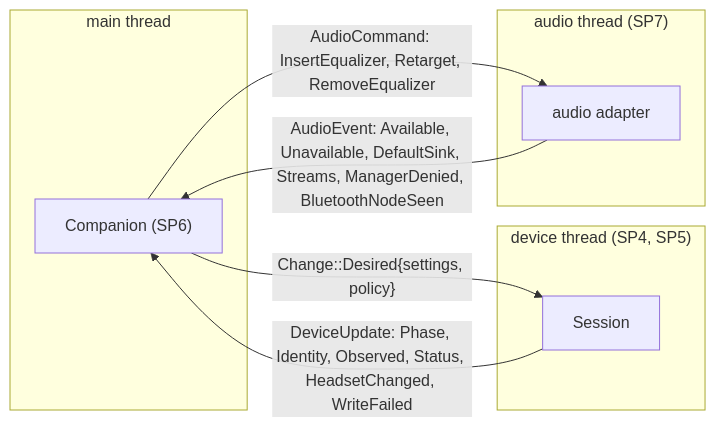
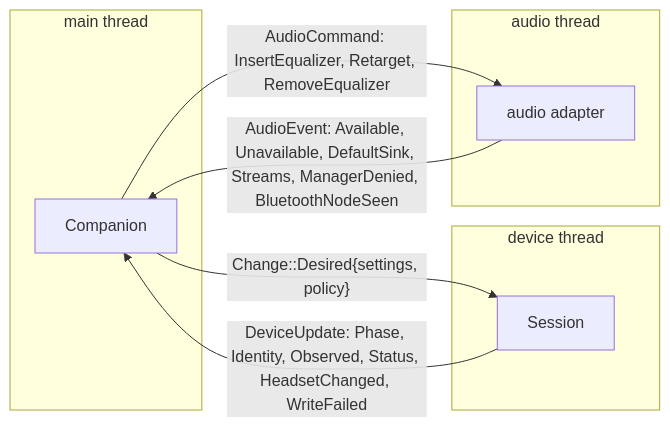
One commit to marcelogm/arctis-companion changed the fourth of 4 diagrams in docs/architecture/protocol.md. Above: the diagram before and after it, drawn with Mermaid. The commit also changed other lines of this file and 48 other files, not shown here.

````diff
--- a/docs/architecture/protocol.md
+++ b/docs/architecture/protocol.md
@@ -101,16 +101,16 @@
 ```mermaid
 flowchart LR
     subgraph main["main thread"]
-        C["Companion (SP6)"]
+        C["Companion"]
     end
-    subgraph dev["device thread (SP4, SP5)"]
+    subgraph dev["device thread"]
         S["Session"]
     end
-    subgraph aud["audio thread (SP7)"]
+    subgraph aud["audio thread"]
         A["audio adapter"]
     end
     C -- "Change::Desired{settings, policy}" --> S
     S -- "DeviceUpdate: Phase, Identity, Observed, Status, HeadsetChanged, WriteFailed" --> C
     C -- "AudioCommand: InsertEqualizer, Retarget, RemoveEqualizer" --> A
     A -- "AudioEvent: Available, Unavailable, DefaultSink, Streams, ManagerDenied, BluetoothNodeSeen" --> C
 ```
````
